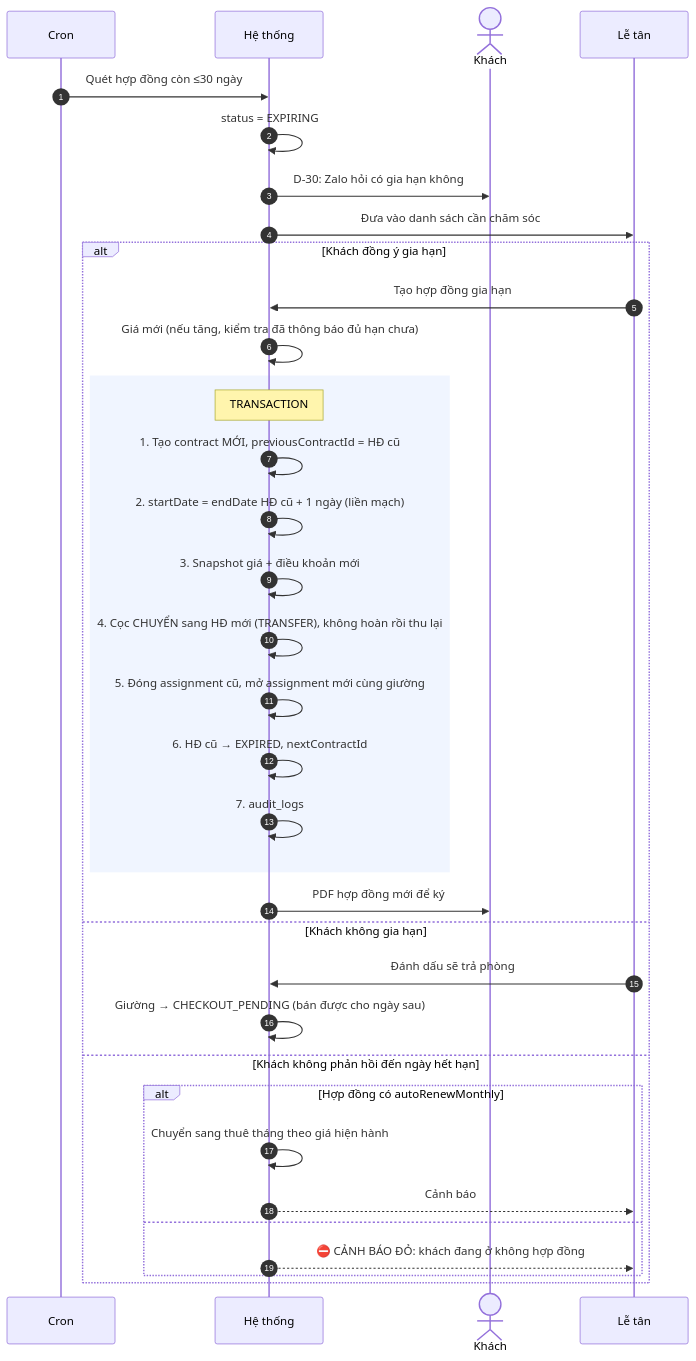
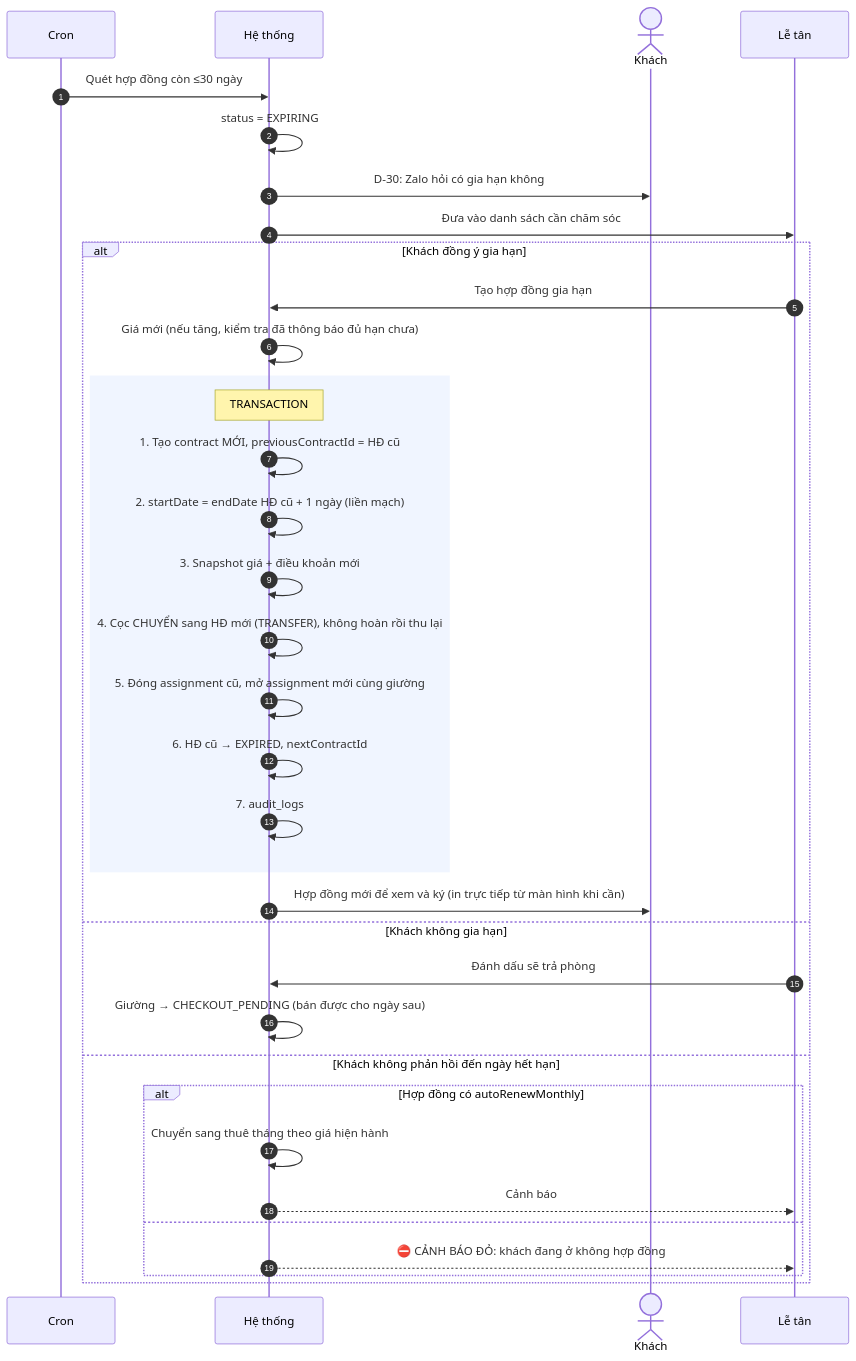
The ninth of 12 diagrams in docs/14-workflows.md (danglh5902/ktx-cali), drawn with Mermaid before and after one commit. The commit also changed other lines of this file and 60 other files, not shown here.

````diff
--- a/docs/14-workflows.md
+++ b/docs/14-workflows.md
@@ -361,41 +361,41 @@
 ```mermaid
 sequenceDiagram
     autonumber
     participant Job as Cron
     participant HT as Hệ thống
     actor KH as Khách
     participant LT as Lễ tân
 
     Job->>HT: Quét hợp đồng còn ≤30 ngày
     HT->>HT: status = EXPIRING
     HT->>KH: D-30: Zalo hỏi có gia hạn không
     HT->>LT: Đưa vào danh sách cần chăm sóc
 
     alt Khách đồng ý gia hạn
         LT->>HT: Tạo hợp đồng gia hạn
         HT->>HT: Giá mới (nếu tăng, kiểm tra đã thông báo đủ hạn chưa)
 
         rect rgb(240, 245, 255)
         Note over HT: TRANSACTION
         HT->>HT: 1. Tạo contract MỚI, previousContractId = HĐ cũ
         HT->>HT: 2. startDate = endDate HĐ cũ + 1 ngày (liền mạch)
         HT->>HT: 3. Snapshot giá + điều khoản mới
         HT->>HT: 4. Cọc CHUYỂN sang HĐ mới (TRANSFER), không hoàn rồi thu lại
         HT->>HT: 5. Đóng assignment cũ, mở assignment mới cùng giường
         HT->>HT: 6. HĐ cũ → EXPIRED, nextContractId
         HT->>HT: 7. audit_logs
         end
 
-        HT->>KH: PDF hợp đồng mới để ký
+        HT->>KH: Hợp đồng mới để xem và ký (in trực tiếp từ màn hình khi cần)
     else Khách không gia hạn
         LT->>HT: Đánh dấu sẽ trả phòng
         HT->>HT: Giường → CHECKOUT_PENDING (bán được cho ngày sau)
     else Khách không phản hồi đến ngày hết hạn
         alt Hợp đồng có autoRenewMonthly
             HT->>HT: Chuyển sang thuê tháng theo giá hiện hành
             HT-->>LT: Cảnh báo
         else
             HT-->>LT: ⛔ CẢNH BÁO ĐỎ: khách đang ở không hợp đồng
         end
     end
 ```
````
